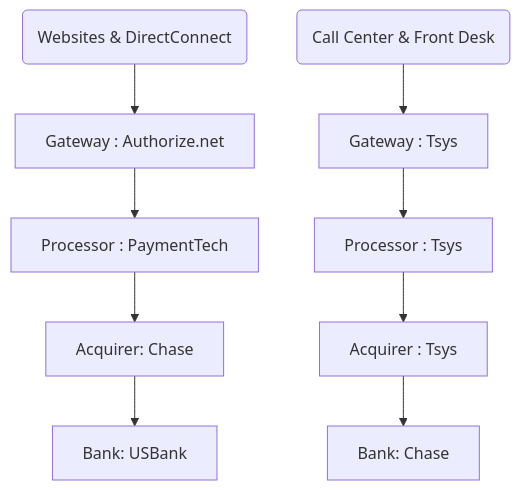
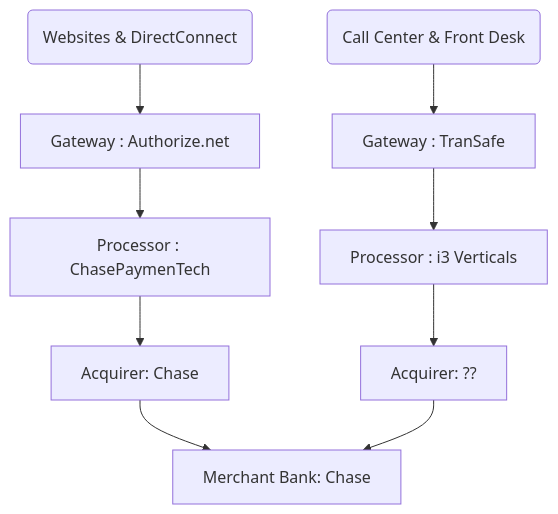
One commit to coyclayton/papillon135acm changed the second of 2 diagrams in LifeCycles/Credit Card Processing.md. Above: the diagram before and after it, drawn with Mermaid. The commit also changed other lines of this file and 10 other files, not shown here.

````diff
--- a/LifeCycles/Credit Card Processing.md
+++ b/LifeCycles/Credit Card Processing.md
@@ -19,5 +20,7 @@
 ```mermaid
 graph TD
-    wdc(Websites & DirectConnect) --> gtw1[ Gateway : Authorize.net] --> processor1[ Processor : PaymentTech] --> acquirer1[Acquirer: Chase] --> bank1[Bank: USBank]
-    ccfd(Call Center & Front Desk ) --> gtw2[ Gateway : Tsys ] --> processor2[ Processor : Tsys ] --> acquirer2[Acquirer : Tsys] --> bank2[Bank: Chase]
+    wdc(Websites & DirectConnect) --> gtw1[ Gateway : Authorize.net] --> processor1[Processor : ChasePaymenTech] --> acquirer1[Acquirer: Chase] --> mbank[Merchant Bank: Chase]
+    ccfd(Call Center & Front Desk ) --> gtw2[ Gateway : TranSafe ] --> processor2[Processor : i3 Verticals] --> acquirer[Acquirer: ??] --> mbank
+	
+
 ```
````
